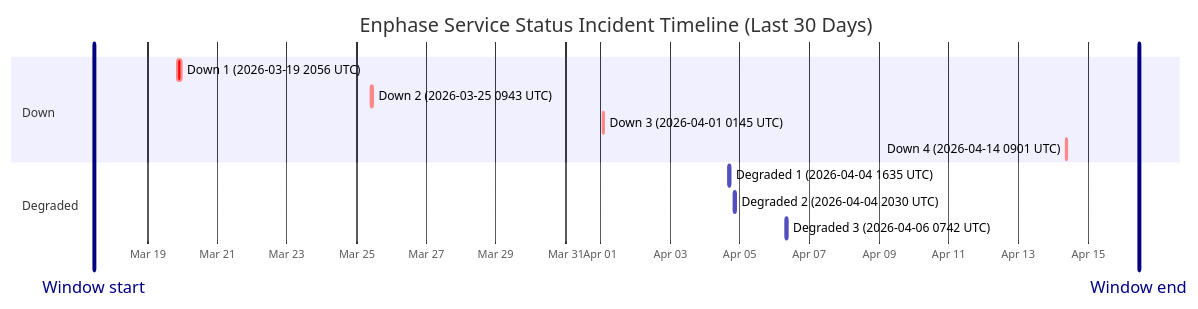
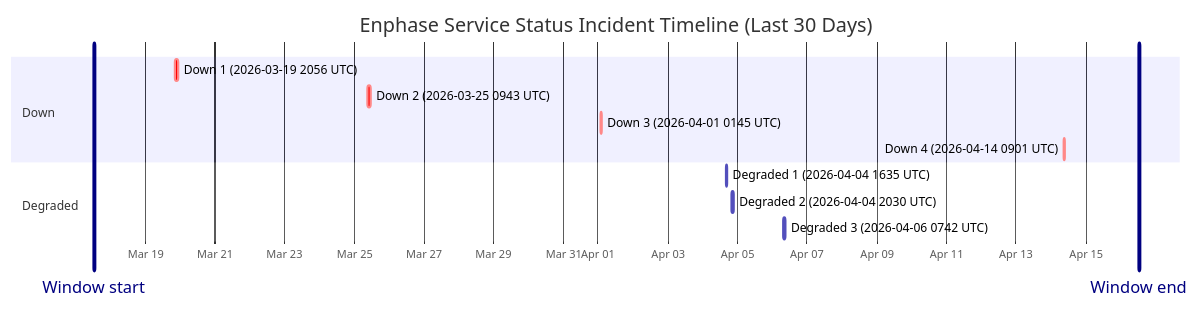
One commit to barneyonline/ha-enphase-ev-charger changed the diagram in wiki/Service-Status-History.md. Above: the diagram before and after it, drawn with Mermaid. The commit also changed other lines of this file and 3 other files, not shown here.

````diff
--- a/wiki/Service-Status-History.md
+++ b/wiki/Service-Status-History.md
@@ -14,17 +14,17 @@
 ```mermaid
 gantt
     title Enphase Service Status Incident Timeline (Last 30 Days)
     dateFormat  YYYY-MM-DDTHH:mm:ss
     axisFormat  %b %d
-    Window start :vert, window-start, 2026-03-17T11:03:18, 0ms
-    Window end :vert, window-end, 2026-04-16T11:03:18, 0ms
+    Window start :vert, window-start, 2026-03-17T12:42:02, 0ms
+    Window end :vert, window-end, 2026-04-16T12:42:02, 0ms
     section Down
     Down 1 (2026-03-19 2056 UTC) :crit, down-1, 2026-03-19T20:56:20, 145m
     Down 2 (2026-03-25 0943 UTC) :crit, down-2, 2026-03-25T09:43:28, 111m
     Down 3 (2026-04-01 0145 UTC) :crit, down-3, 2026-04-01T01:45:09, 60m
     Down 4 (2026-04-14 0901 UTC) :crit, down-4, 2026-04-14T09:01:13, 60m
     section Degraded
     Degraded 1 (2026-04-04 1635 UTC) :active, degraded-1, 2026-04-04T16:35:17, 60m
     Degraded 2 (2026-04-04 2030 UTC) :active, degraded-2, 2026-04-04T20:30:40, 60m
     Degraded 3 (2026-04-06 0742 UTC) :active, degraded-3, 2026-04-06T07:42:09, 85m
 ```
````
